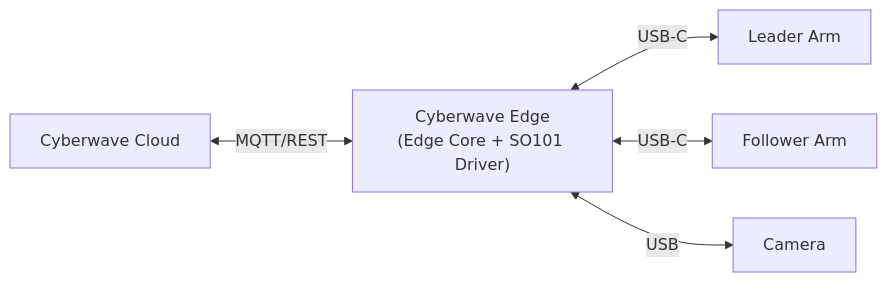
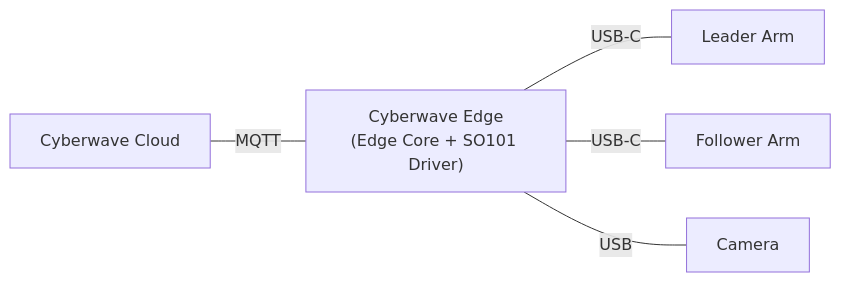
Before and after one commit to cyberwave-os/docs-mintlify: the third of 4 diagrams in get-started/starter-kit-builders.mdx, drawn with Mermaid. The commit also changed other lines of this file, not shown here.

````diff
--- a/get-started/starter-kit-builders.mdx
+++ b/get-started/starter-kit-builders.mdx
@@ -241,7 +245,7 @@
 ```mermaid
 graph LR
-    CW["Cyberwave Cloud"] <-->|"MQTT/REST"| EDGE["Cyberwave Edge<br>(Edge Core + SO101 Driver)</br>"]
-    EDGE <-->|"USB-C"| LA["Leader Arm"]
-    EDGE <-->|"USB-C"| FA["Follower Arm"]
-    EDGE <-->|"USB"| CAM["Camera"]
+    CW["Cyberwave Cloud"] ---|"MQTT"| EDGE["Cyberwave Edge\n(Edge Core + SO101 Driver)"]
+    EDGE ---|"USB-C"| LA["Leader Arm"]
+    EDGE ---|"USB-C"| FA["Follower Arm"]
+    EDGE ---|"USB"| CAM["Camera"]
 ```
````
